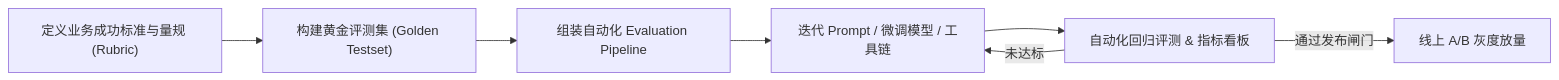
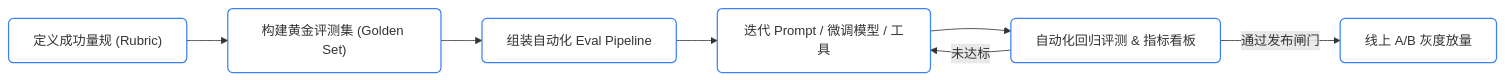
One commit to Anlon-27/awesome-agent-eval changed the second of 2 diagrams in docs/01-dilemmas-and-edd.md. Above: the diagram before and after it, drawn with Mermaid. The commit also changed other lines of this file and 2 other files, not shown here.

````diff
--- a/docs/01-dilemmas-and-edd.md
+++ b/docs/01-dilemmas-and-edd.md
@@ -31,9 +84,10 @@
 ```mermaid
-graph LR
-    A["定义业务成功标准与量规 (Rubric)"] --> B["构建黄金评测集 (Golden Testset)"]
-    B --> C["组装自动化 Evaluation Pipeline"]
-    C --> D["迭代 Prompt / 微调模型 / 工具链"]
-    D --> E["自动化回归评测 & 指标看板"]
-    E -->|通过发布闸门| F["线上 A/B 灰度放量"]
+flowchart LR
+    classDef step fill:#ffffff,stroke:#3b82f6,stroke-width:1.5px,rx:6px,ry:6px;
+    A["定义成功量规 (Rubric)"]:::step --> B["构建黄金评测集 (Golden Set)"]:::step
+    B --> C["组装自动化 Eval Pipeline"]:::step
+    C --> D["迭代 Prompt / 微调模型 / 工具"]:::step
+    D --> E["自动化回归评测 & 指标看板"]:::step
+    E -->|通过发布闸门| F["线上 A/B 灰度放量"]:::step
     E -->|未达标| D
 ```
````
